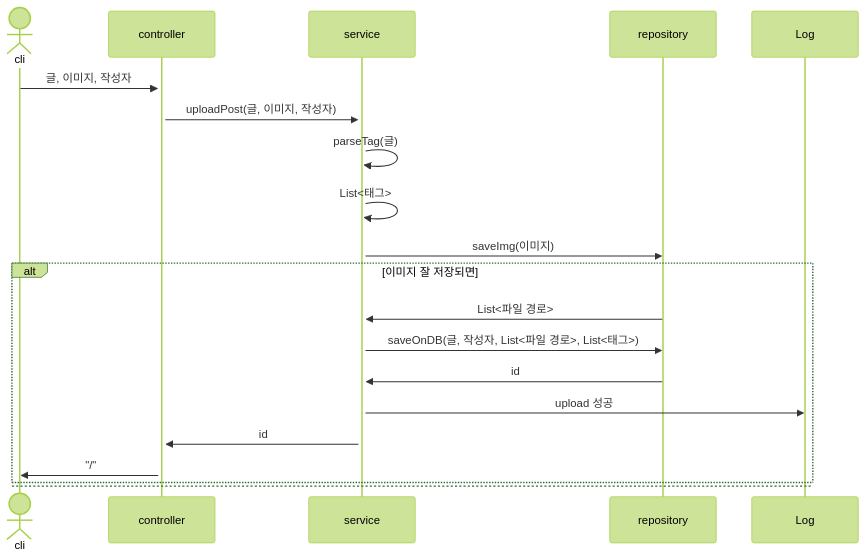
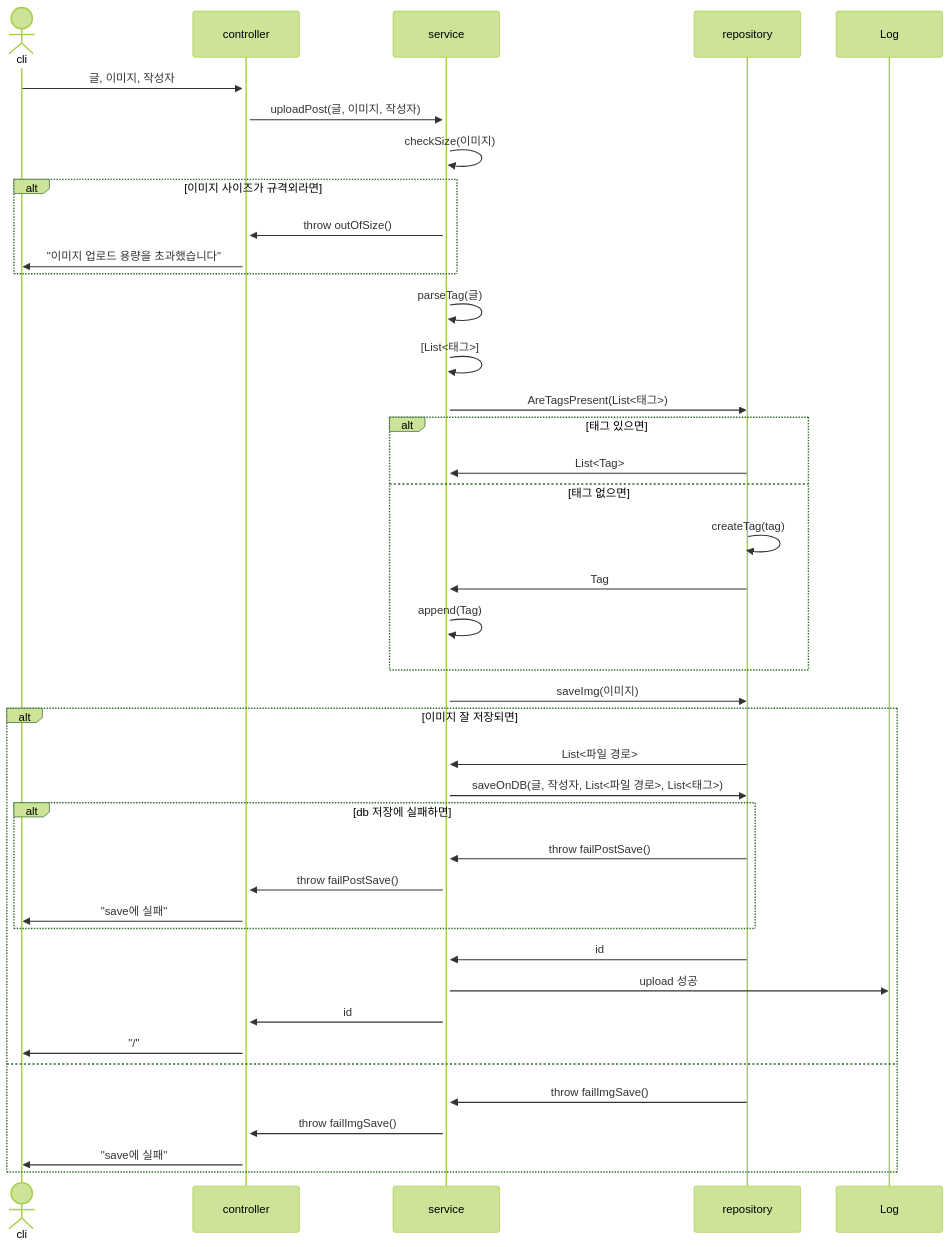
Before and after one commit to mtak0235/snsX: the first of 10 diagrams in sequenceDiagram.md, drawn with Mermaid (forest theme). The commit also changed other lines of this file and 2 other files, not shown here.

````diff
--- a/sequenceDiagram.md
+++ b/sequenceDiagram.md
@@ -3,23 +2,45 @@
 ```mermaid
 sequenceDiagram
 actor cli
 participant c as controller
 participant s as service
 participant r as repository
 participant l as Log
 
 cli->>+c: 글, 이미지, 작성자
 c->>+s: uploadPost(글, 이미지, 작성자)
+s->>s: checkSize(이미지)
+alt 이미지 사이즈가 규격외라면
+s->>c: throw outOfSize()
+c->>cli: "이미지 업로드 용량을 초과했습니다"
+end
 s->>s: parseTag(글)
-s->>s: List<태그>
+s->>s: [List<태그>]
+s->>r: AreTagsPresent(List<태그>)
+alt 태그 있으면 
+r->>s: List<Tag> 
+else 태그 없으면
+r->>r: createTag(tag)
+r->>s: Tag
+s->>s: append(Tag)
+end
 s->>r: saveImg(이미지)
 alt 이미지 잘 저장되면
 r->>s: List<파일 경로>
 s->>r: saveOnDB(글, 작성자, List<파일 경로>, List<태그>)
+alt db 저장에 실패하면
+r->>s: throw failPostSave()
+s->>c: throw failPostSave()
+c->>cli: "save에 실패"
+end
 r->>s: id
 s->>l: upload 성공
 s->>c: id
 c->>cli: "/" 
 else
+r->>s: throw failImgSave()
+s->>c: throw failImgSave()
+c->>cli: "save에 실패"
+
 end
 ```
````
